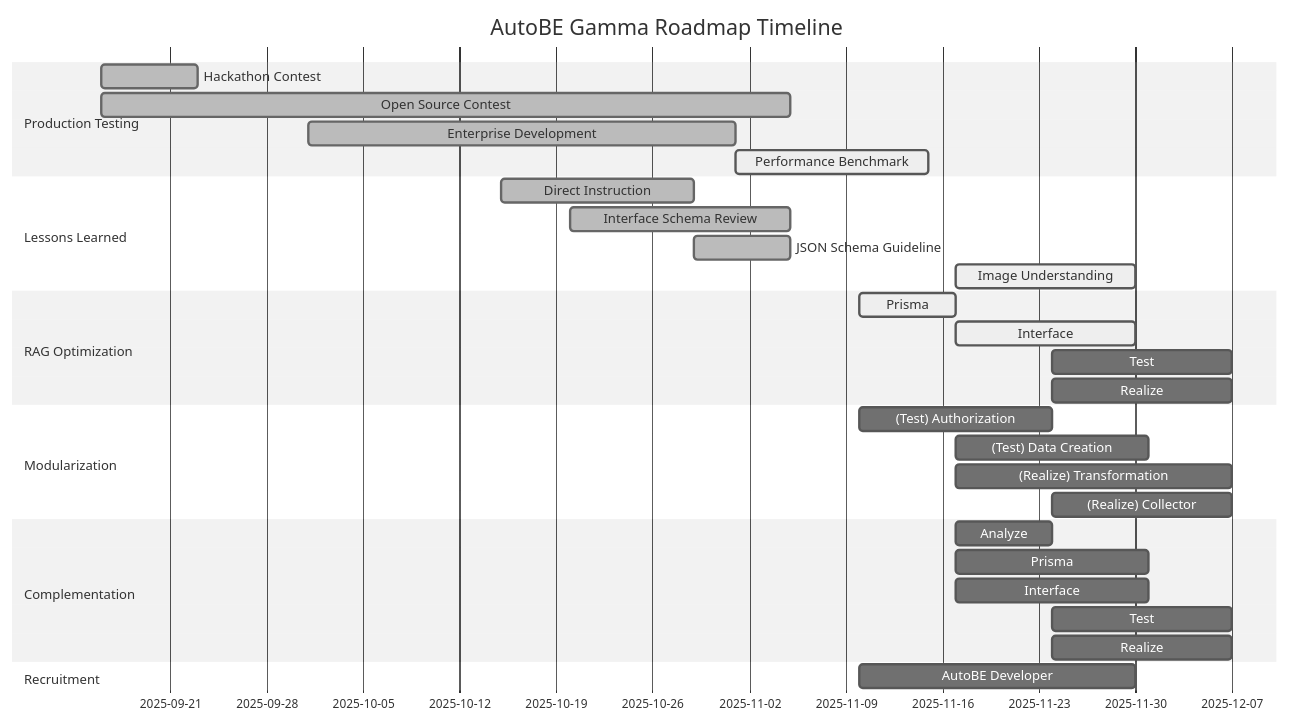
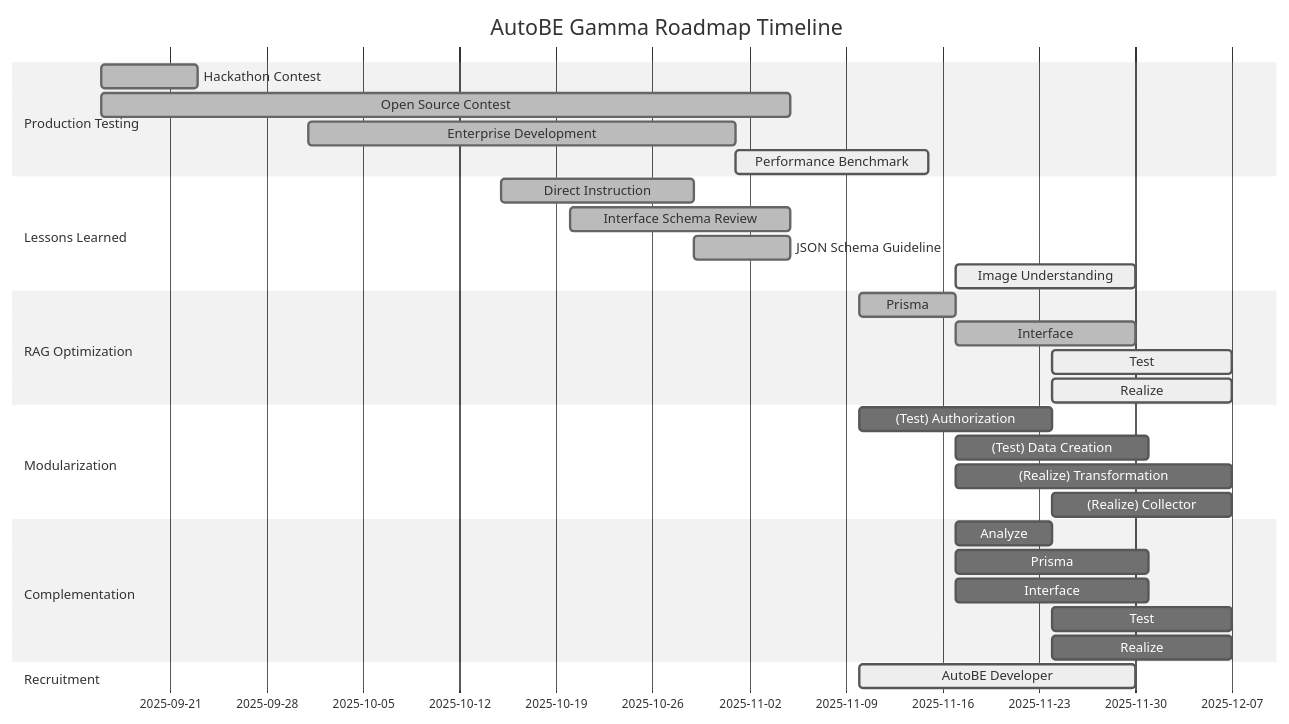
Before and after one commit to RavenView-ai/autobe: the second of 2 diagrams in README.md, drawn with Mermaid (neutral theme). The commit also changed 3 other files, not shown here.

Commit message:
feat(website): Revise RAG Roadmap (#788)

````diff
--- a/README.md
+++ b/README.md
@@ -179,39 +179,39 @@
 ```mermaid
 gantt
   dateFormat YYYY-MM-DD
   title AutoBE Gamma Roadmap Timeline
 
   section Production Testing
   Hackathon Contest     : done  , 2025-09-16,  7d
   Open Source Contest   : done  , 2025-09-16, 50d
   Enterprise Development: done  , 2025-10-01, 31d
   Performance Benchmark : active, 2025-11-01, 14d
-
+  
   section Lessons Learned
   Direct Instruction     : done  , 2025-10-15, 14d
   Interface Schema Review: done  , 2025-10-20, 16d
   JSON Schema Guideline  : done  , 2025-10-29,  7d
   Image Understanding    : active, 2025-11-17, 13d
 
   section RAG Optimization
-  Prisma   : active,  2025-11-10,  7d
-  Interface: active,  2025-11-17, 13d
-  Test     : planned, 2025-11-24, 13d
-  Realize  : planned, 2025-11-24, 13d
+  Prisma   : done,   2025-11-10,  7d
+  Interface: done,   2025-11-17, 13d
+  Test     : active, 2025-11-24, 13d
+  Realize  : active, 2025-11-24, 13d
 
   section Modularization
   (Test) Authorization    : planned, 2025-11-10, 14d
   (Test) Data Creation    : planned, 2025-11-17, 14d
   (Realize) Transformation: planned, 2025-11-17, 20d
   (Realize) Collector     : planned, 2025-11-24, 13d
 
   section Complementation
   Analyze  : planned, 2025-11-17,  7d
   Prisma   : planned, 2025-11-17, 14d
   Interface: planned, 2025-11-17, 14d
   Test     : planned, 2025-11-24, 13d
   Realize  : planned, 2025-11-24, 13d
 
   section Recruitment
-  AutoBE Developer: planned, 2025-11-10, 20d
+  AutoBE Developer: active, 2025-11-10, 20d
 ```
````
